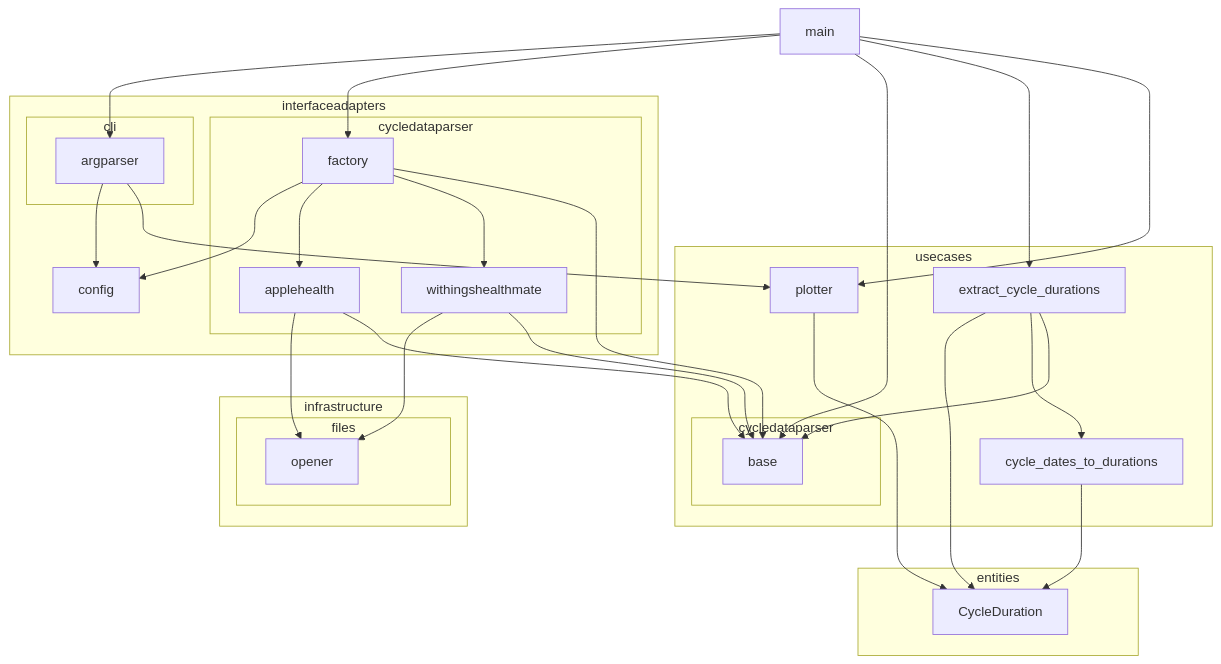
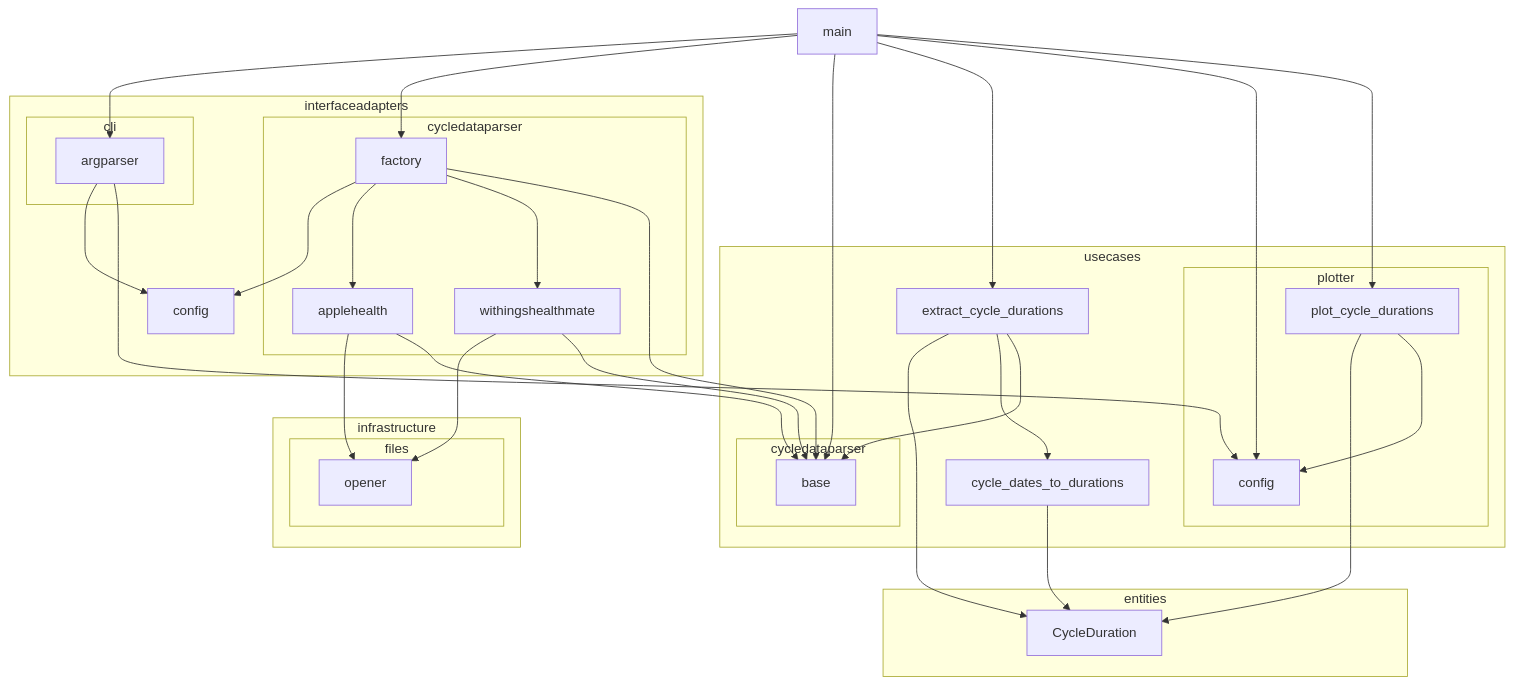
Before and after one commit to caarmen/cycle-plotter: the fourth of 4 diagrams in docs/architecture.md, drawn with Mermaid. The commit also changed other lines of this file and 4 other files, not shown here.

Commit message:
Split the plotter module into a package, with the usecase function and the config as separate modules.

````diff
--- a/docs/architecture.md
+++ b/docs/architecture.md
@@ -82,58 +86,63 @@
 ```mermaid
 flowchart TD
     subgraph entities
         CycleDuration
     end
     subgraph infrastructure
         subgraph files
             opener
         end
     end
     subgraph interfaceadapters
         subgraph cli
             argparser
         end
         subgraph cycledataparser
             applehealth
             withingshealthmate
             factory
         end
         config
     end
     subgraph usecases
         subgraph icycledataparser[cycledataparser]
             base
         end
         cycle_dates_to_durations
         extract_cycle_durations
-        plotter
+        subgraph plotter
+            pconfig[config]
+            plot_cycle_durations
+        end
     end
     main
 
     argparser --> config
-    argparser --> plotter
+    argparser --> pconfig
 
     applehealth --> opener
     applehealth --> base
     withingshealthmate --> opener
     withingshealthmate --> base
 
     factory --> config
     factory --> applehealth
     factory --> withingshealthmate
     factory --> base
 
     main --> argparser
     main --> factory
     main --> base
     main --> extract_cycle_durations
-    main --> plotter
+    main --> pconfig
+    main --> plot_cycle_durations
 
     cycle_dates_to_durations --> CycleDuration
     extract_cycle_durations --> CycleDuration
     extract_cycle_durations --> cycle_dates_to_durations
     extract_cycle_durations --> base
 
-    plotter --> CycleDuration
+    plot_cycle_durations --> CycleDuration
+    plot_cycle_durations --> pconfig
 
 ```
````
